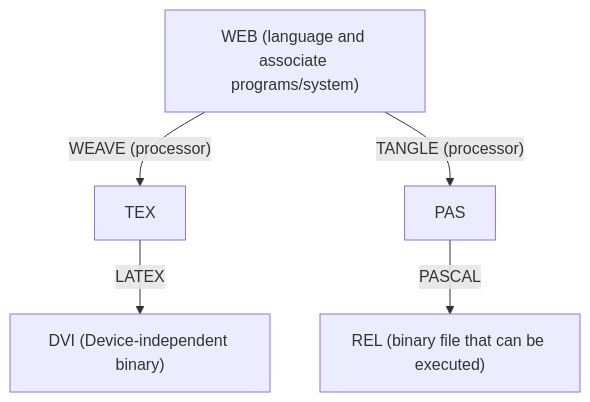
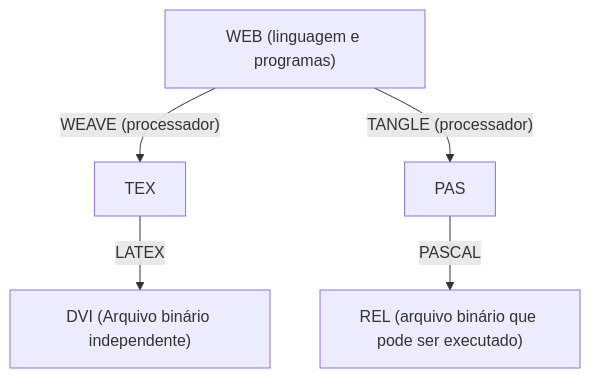
Before and after one commit to itepifanio/indo-alem-com-jupyter-notebooks: the third of 5 diagrams in presentation/index.qmd, drawn with Mermaid. The commit also changed other lines of this file and 3 other files, not shown here.

````diff
--- a/presentation/index.qmd
+++ b/presentation/index.qmd
@@ -239,7 +238,7 @@
 ```{mermaid}
 flowchart
-  A["WEB (language and associate programs/system)"] -- "WEAVE (processor)" --> B["TEX"]
-  A -- "TANGLE (processor)" --> C["PAS"]
-  C -- PASCAL --> D["REL (binary file that can be executed)"]
-  B -- LATEX --> E["DVI (Device-independent binary)"]
+  A["WEB (linguagem e programas)"] -- "WEAVE (processador)" --> B["TEX"]
+  A -- "TANGLE (processador)" --> C["PAS"]
+  C -- PASCAL --> D["REL (arquivo binário que pode ser executado)"]
+  B -- LATEX --> E["DVI (Arquivo binário independente)"]
 ```
````
